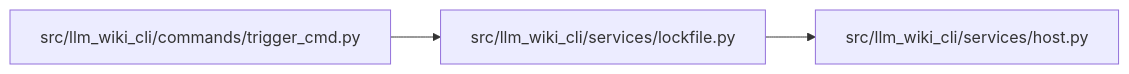
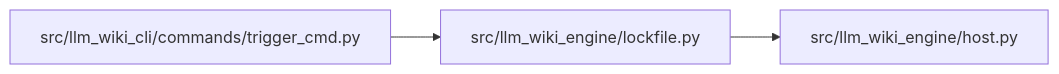
The diagram in docs/llm_wiki/modules/lockfile.md (Denissvgn/python-wiki-llm), drawn with Mermaid before and after one commit. The commit also changed other lines of this file and 1103 other files, not shown here.

First line of the commit message:
docs: refresh the wiki for the llm-wiki-engine distribution

````diff
--- a/docs/llm_wiki/modules/lockfile.md
+++ b/docs/llm_wiki/modules/lockfile.md
@@ -26,11 +26,11 @@
 ```mermaid
 flowchart LR
     n0["src/llm_wiki_cli/commands/trigger_cmd.py"]
-    n1["src/llm_wiki_cli/services/host.py"]
-    n2["src/llm_wiki_cli/services/lockfile.py"]
+    n1["src/llm_wiki_engine/host.py"]
+    n2["src/llm_wiki_engine/lockfile.py"]
     n0 --> n2
     n2 --> n1
     click n0 "../modules/trigger_cmd.md"
     click n1 "../modules/host.md"
     click n2 "../modules/lockfile.md"
 ```
````
